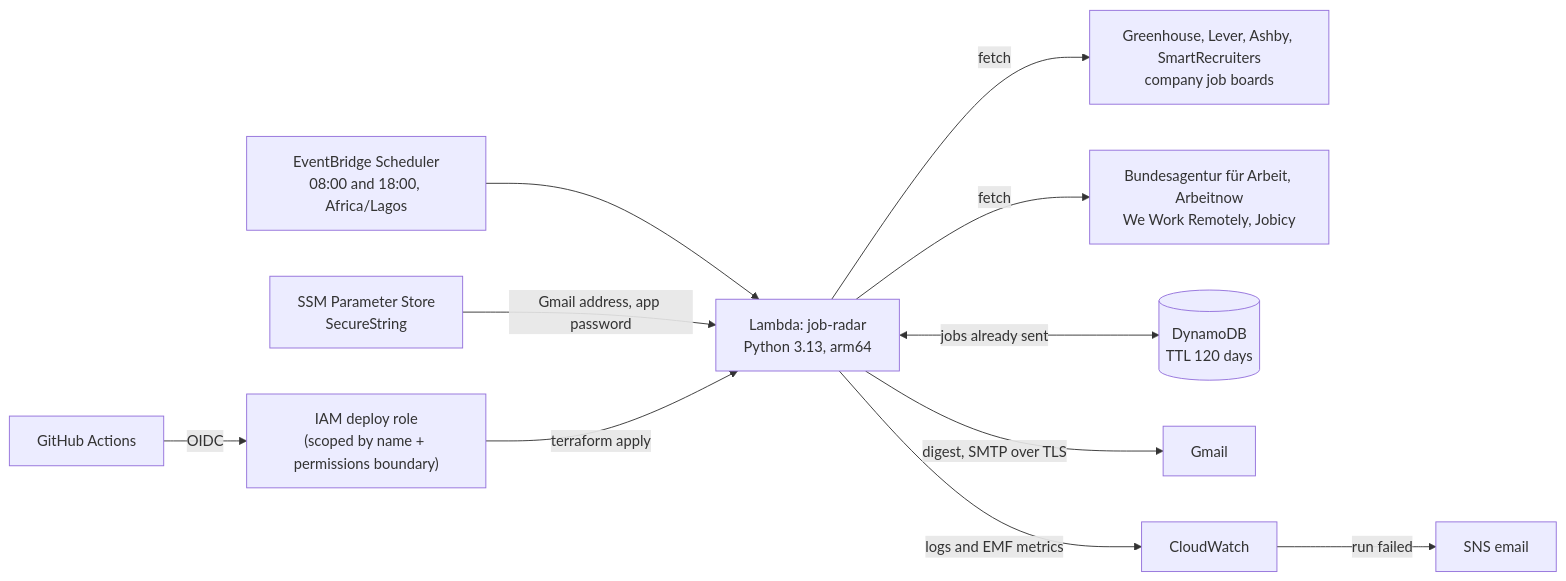
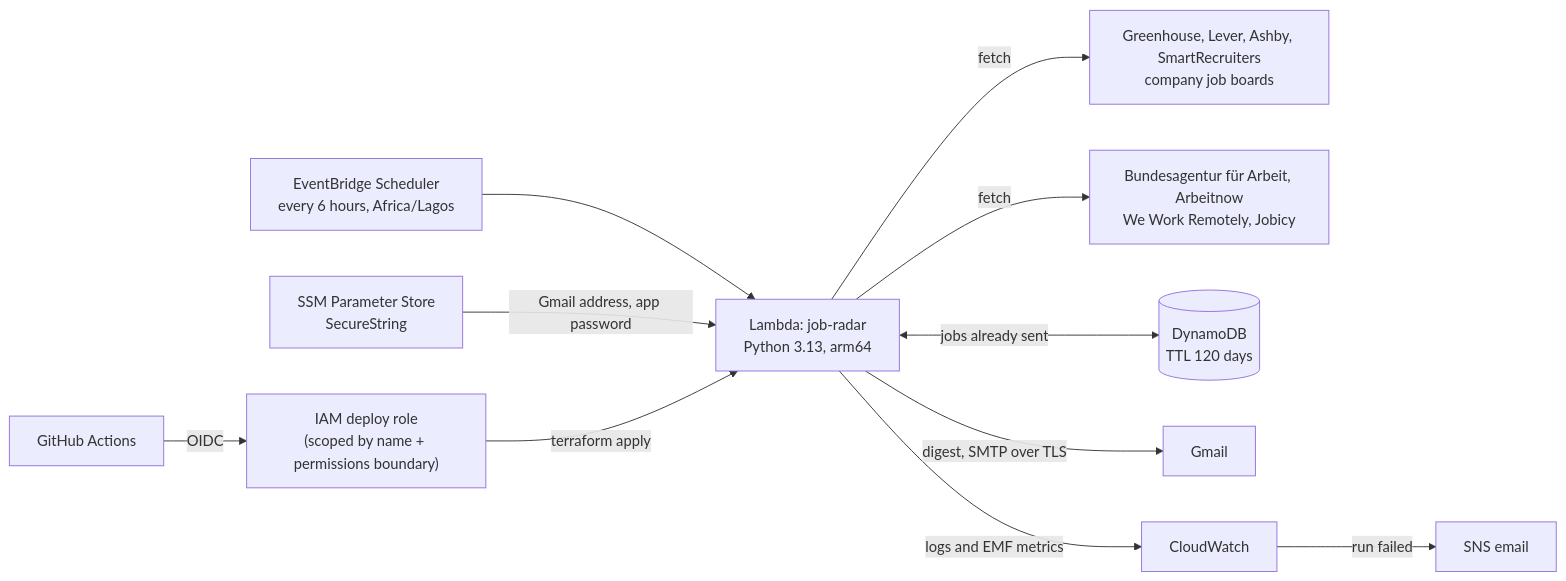
Before and after one commit to Faozil/Job-Radar: the diagram in README.md, drawn with Mermaid. The commit also changed other lines of this file and 4 other files, not shown here.

Commit message:
Change cron job to every 6 hours

````diff
--- a/README.md
+++ b/README.md
@@ -29,13 +29,13 @@
 ```mermaid
 flowchart LR
-    S["EventBridge Scheduler<br/>08:00 and 18:00, Africa/Lagos"] --> L["Lambda: job-radar<br/>Python 3.13, arm64"]
+    S["EventBridge Scheduler<br/>every 6 hours, Africa/Lagos"] --> L["Lambda: job-radar<br/>Python 3.13, arm64"]
     L -->|fetch| B["Greenhouse, Lever, Ashby, SmartRecruiters<br/>company job boards"]
     L -->|fetch| A["Bundesagentur für Arbeit, Arbeitnow<br/>We Work Remotely, Jobicy"]
     L <-->|jobs already sent| D[("DynamoDB<br/>TTL 120 days")]
     P["SSM Parameter Store<br/>SecureString"] -->|Gmail address, app password| L
     L -->|digest, SMTP over TLS| T["Gmail"]
     L -->|logs and EMF metrics| C["CloudWatch"]
     C -->|run failed| E["SNS email"]
     G["GitHub Actions"] -->|OIDC| R["IAM deploy role<br/>(scoped by name + permissions boundary)"]
     R -->|terraform apply| L
 ```
````
